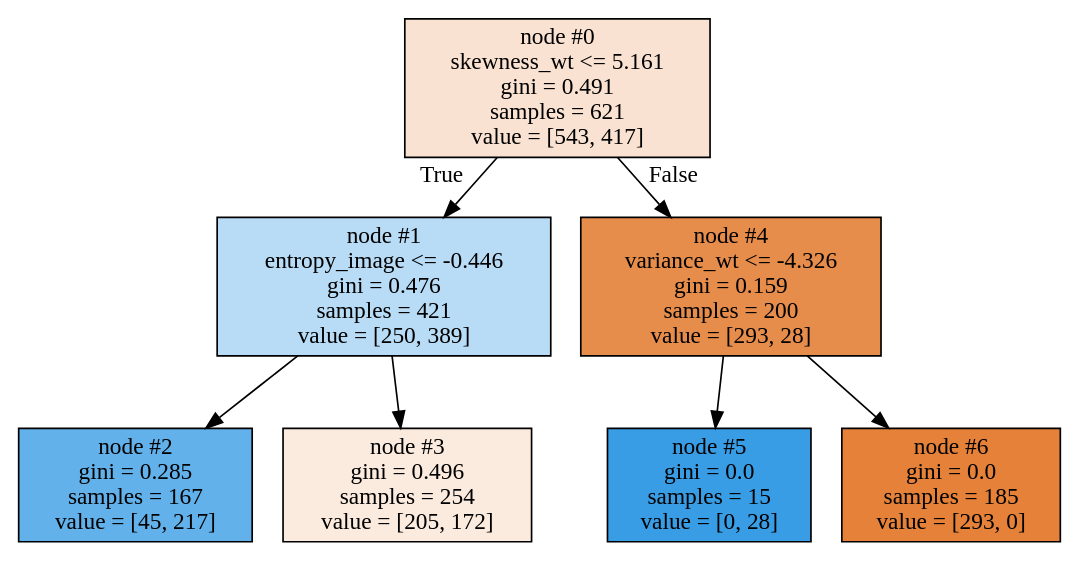
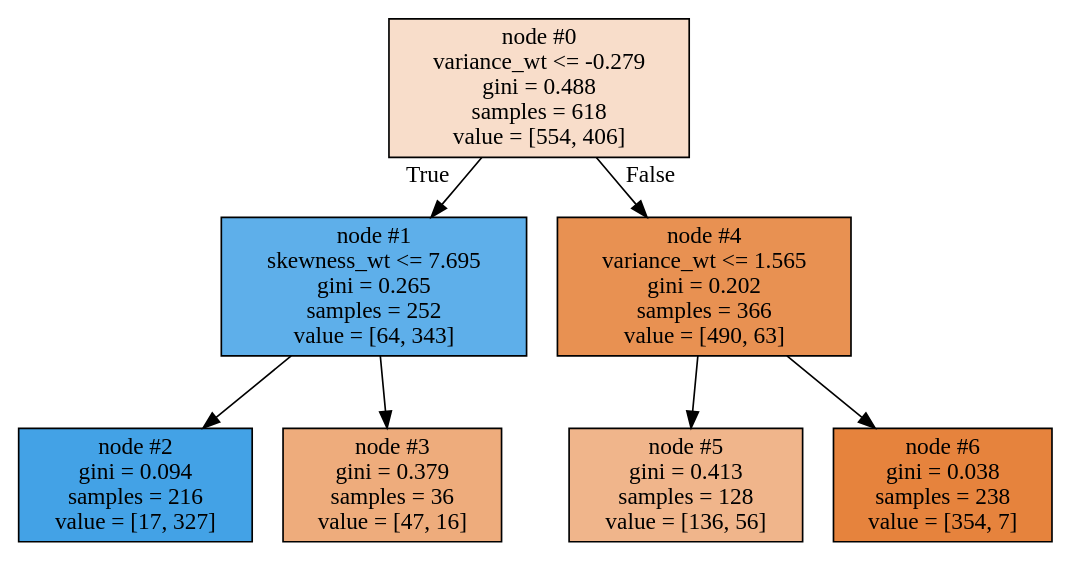
The diagram in mytree.dot (xs-abzal/Blogs_stat_examples), drawn with Graphviz before and after one commit. The commit also changed 2 other files, not shown here.

```diff
--- a/mytree.dot
+++ b/mytree.dot
@@ -1,20 +1,20 @@
 digraph Tree {
 node [shape=box, style="filled", color="black"] ;
 graph [ranksep=equally, splines=polyline] ;
-0 [label="node #0\nskewness_wt <= 5.161\ngini = 0.491\nsamples = 621\nvalue = [543, 417]", fillcolor="#f9e2d1"] ;
-1 [label="node #1\nentropy_image <= -0.446\ngini = 0.476\nsamples = 421\nvalue = [250, 389]", fillcolor="#b8dcf6"] ;
+0 [label="node #0\nvariance_wt <= -0.279\ngini = 0.488\nsamples = 618\nvalue = [554, 406]", fillcolor="#f8ddca"] ;
+1 [label="node #1\nskewness_wt <= 7.695\ngini = 0.265\nsamples = 252\nvalue = [64, 343]", fillcolor="#5eafea"] ;
 0 -> 1 [labeldistance=2.5, labelangle=45, headlabel="True"] ;
-2 [label="node #2\ngini = 0.285\nsamples = 167\nvalue = [45, 217]", fillcolor="#62b1ea"] ;
+2 [label="node #2\ngini = 0.094\nsamples = 216\nvalue = [17, 327]", fillcolor="#43a2e6"] ;
 1 -> 2 ;
-3 [label="node #3\ngini = 0.496\nsamples = 254\nvalue = [205, 172]", fillcolor="#fbebdf"] ;
+3 [label="node #3\ngini = 0.379\nsamples = 36\nvalue = [47, 16]", fillcolor="#eeac7c"] ;
 1 -> 3 ;
-4 [label="node #4\nvariance_wt <= -4.326\ngini = 0.159\nsamples = 200\nvalue = [293, 28]", fillcolor="#e78d4c"] ;
+4 [label="node #4\nvariance_wt <= 1.565\ngini = 0.202\nsamples = 366\nvalue = [490, 63]", fillcolor="#e89152"] ;
 0 -> 4 [labeldistance=2.5, labelangle=-45, headlabel="False"] ;
-5 [label="node #5\ngini = 0.0\nsamples = 15\nvalue = [0, 28]", fillcolor="#399de5"] ;
+5 [label="node #5\ngini = 0.413\nsamples = 128\nvalue = [136, 56]", fillcolor="#f0b58b"] ;
 4 -> 5 ;
-6 [label="node #6\ngini = 0.0\nsamples = 185\nvalue = [293, 0]", fillcolor="#e58139"] ;
+6 [label="node #6\ngini = 0.038\nsamples = 238\nvalue = [354, 7]", fillcolor="#e6833d"] ;
 4 -> 6 ;
 {rank=same ; 0} ;
 {rank=same ; 1; 4} ;
 {rank=same ; 2; 3; 5; 6} ;
 }
```
